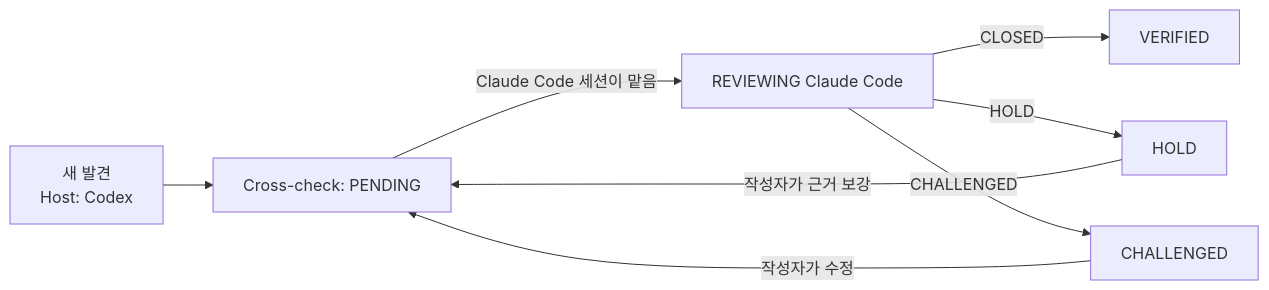
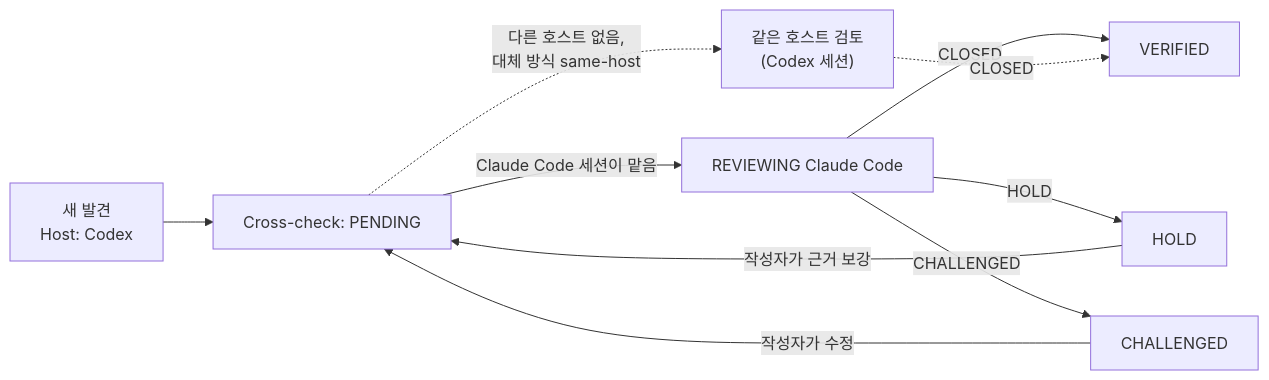
One commit to TaeyanG4/research-orchestrator-skill changed the third of 3 diagrams in README.ko.md. Above: the diagram before and after it, drawn with Mermaid. The commit also changed other lines of this file and 19 other files, not shown here.

````diff
--- a/README.ko.md
+++ b/README.ko.md
@@ -338,10 +374,12 @@
 ```mermaid
 flowchart LR
     N[새 발견<br/>Host: Codex] --> P[Cross-check: PENDING]
     P -->|Claude Code 세션이 맡음| R[REVIEWING Claude Code]
     R -->|CLOSED| V[VERIFIED]
     R -->|HOLD| H[HOLD]
     R -->|CHALLENGED| C[CHALLENGED]
     H -->|작성자가 근거 보강| P
     C -->|작성자가 수정| P
+    P -.->|"다른 호스트 없음,<br/>대체 방식 same-host"| F["같은 호스트 검토<br/>(Codex 세션)"]
+    F -.->|CLOSED| V
 ```
````
